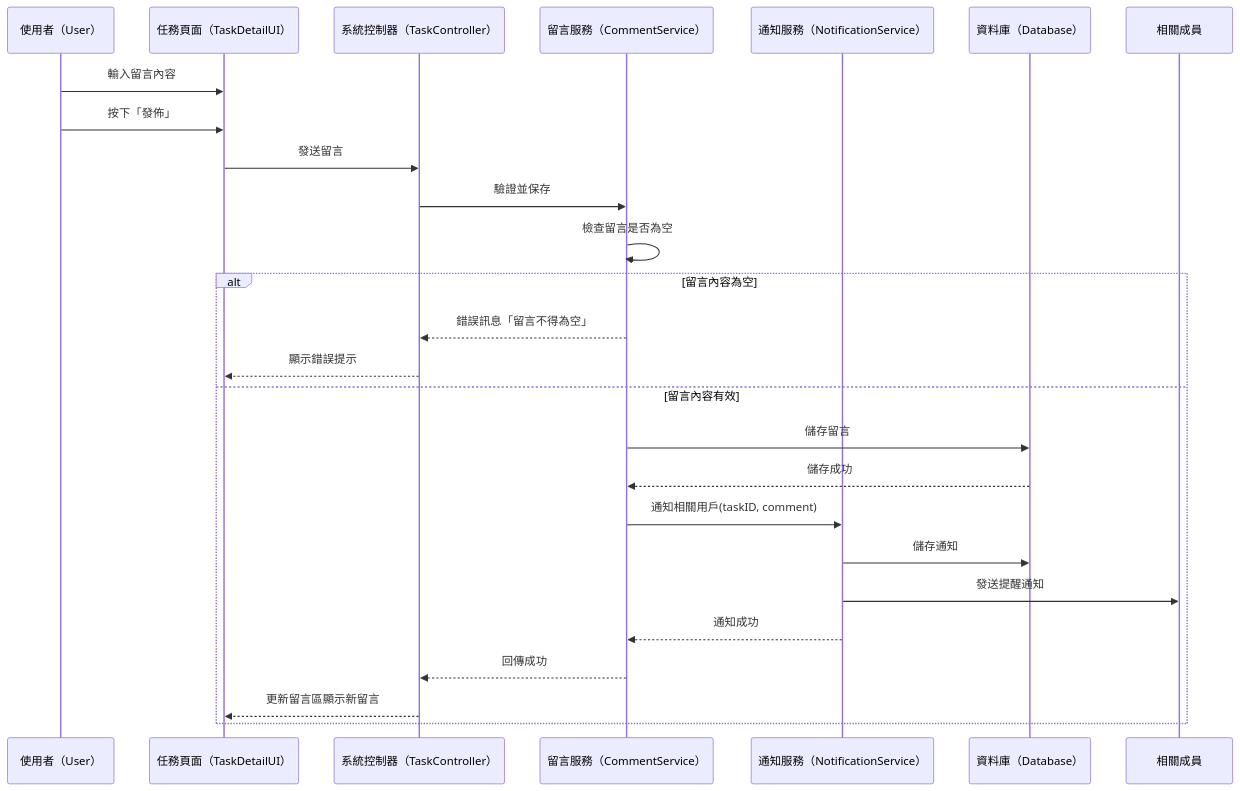
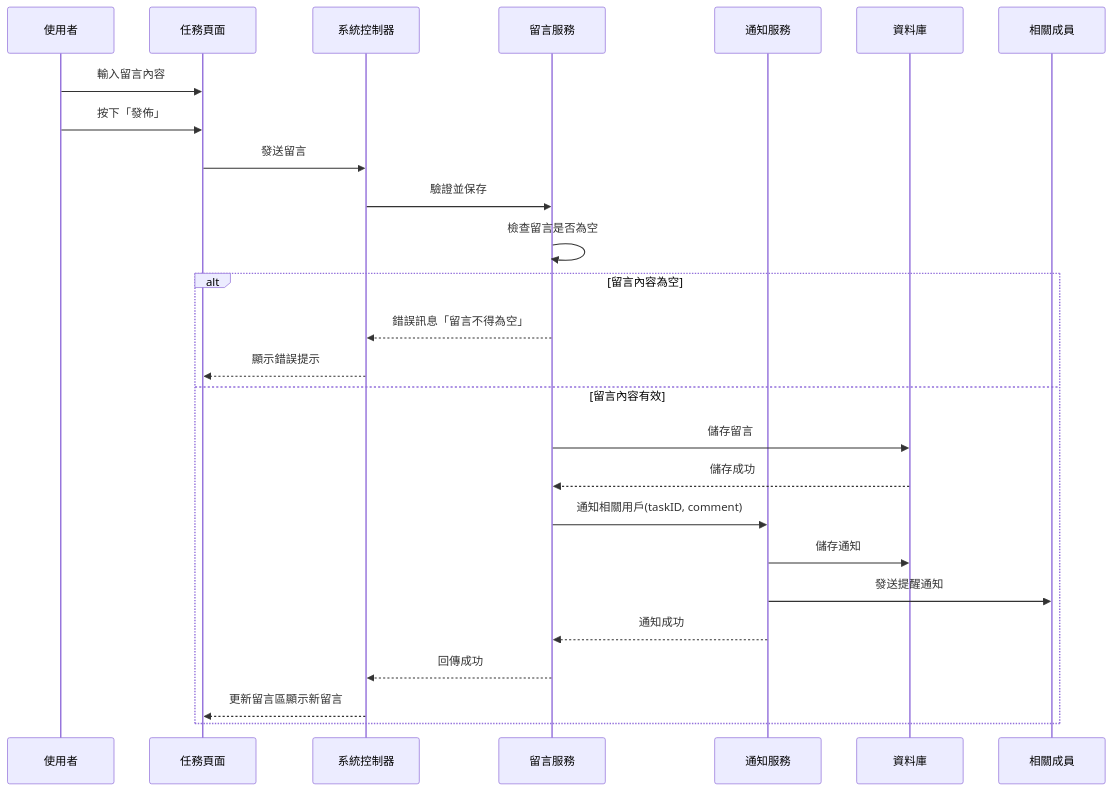
The third of 3 diagrams in hw5.md (zhuang147/Task-Management), drawn with Mermaid before and after one commit.

````diff
--- a/hw5.md
+++ b/hw5.md
@@ -50,30 +50,30 @@
 ```mermaid
 sequenceDiagram
-    participant U as 使用者（User）
-    participant UI as 任務頁面（TaskDetailUI）
-    participant C as 系統控制器（TaskController）
-    participant CS as 留言服務（CommentService）
-    participant NS as 通知服務（NotificationService）
-    participant DB as 資料庫（Database）
+    participant U as 使用者
+    participant UI as 任務頁面
+    participant C as 系統控制器
+    participant CS as 留言服務
+    participant NS as 通知服務
+    participant DB as 資料庫
 
     %% --- 主要流程 ---
     U ->> UI: 輸入留言內容
     U ->> UI: 按下「發佈」
     UI ->> C: 發送留言
     C ->> CS: 驗證並保存
     CS ->> CS: 檢查留言是否為空
 
     alt 留言內容為空
         CS -->> C: 錯誤訊息「留言不得為空」
         C -->> UI: 顯示錯誤提示
     else 留言內容有效
         CS ->> DB: 儲存留言
         DB -->> CS: 儲存成功
         CS ->> NS: 通知相關用戶(taskID, comment)
         NS ->> DB: 儲存通知
         NS ->> 相關成員: 發送提醒通知
         NS -->> CS: 通知成功
         CS -->> C: 回傳成功
         C -->> UI: 更新留言區顯示新留言
     end
 ```
````
